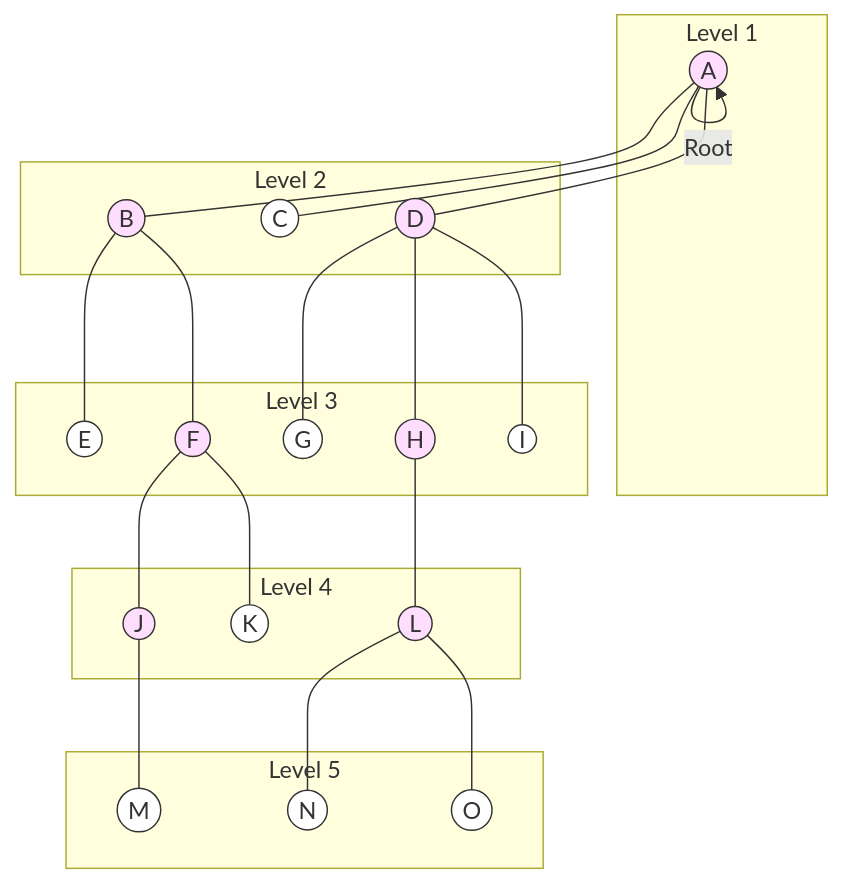
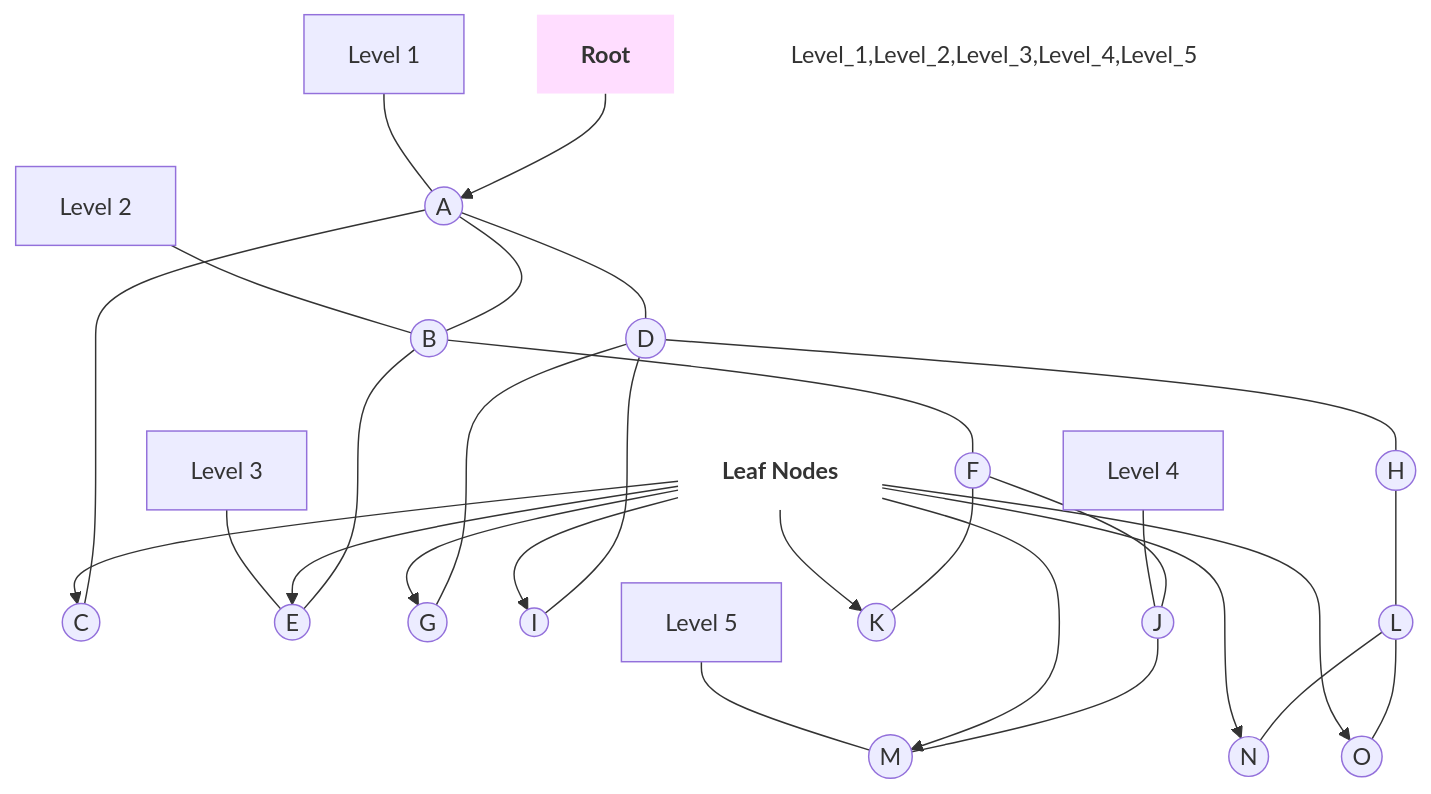
Before and after one commit to ARYAN-KUMAR-22/dsa: the diagram in tree/tree_terminology.md, drawn with Mermaid. The commit also changed other lines of this file, not shown here.

Commit message:
Simplify tree diagram: used arrow labels and basic graph syntax for compatibility

````diff
--- a/tree/tree_terminology.md
+++ b/tree/tree_terminology.md
@@ -9,75 +9,49 @@
 ```mermaid
 graph TD
-    %% Level 1
-    A((A)) --- B((B))
+    %% Label Arrows
+    L_Root[<b>Root</b>] --> A((A))
+    
+    %% Tree Structure
+    A --- B((B))
     A --- C((C))
     A --- D((D))
     
-    %% Level 2 to 3
     B --- E((E))
     B --- F((F))
     
     D --- G((G))
     D --- H((H))
     D --- I((I))
     
-    %% Level 3 to 4
     F --- J((J))
     F --- K((K))
     
     H --- L((L))
     
-    %% Level 4 to 5
     J --- M((M))
     
     L --- N((N))
     L --- O((O))
 
-    %% Level Indicators (Subgraphs for alignment)
-    subgraph Level1 [Level 1]
-        A
-    end
-    subgraph Level2 [Level 2]
-        B
-        C
-        D
-    end
-    subgraph Level3 [Level 3]
-        E
-        F
-        G
-        H
-        I
-    end
-    subgraph Level4 [Level 4]
-        J
-        K
-        L
-    end
-    subgraph Level5 [Level 5]
-        M
-        N
-        O
-    end
+    %% Label for Leaf Nodes
+    L_Leaf[<b>Leaf Nodes</b>] --> C
+    L_Leaf --> E
+    L_Leaf --> G
+    L_Leaf --> I
+    L_Leaf --> K
+    L_Leaf --> M
+    L_Leaf --> N
+    L_Leaf --> O
+    
+    %% Levels (Side Labels)
+    Level_1[Level 1] --- A
+    Level_2[Level 2] --- B
+    Level_3[Level 3] --- E
+    Level_4[Level 4] --- J
+    Level_5[Level 5] --- M
 
-    %% Legend & Styling
-    style A fill:#fdf,stroke:#333
-    style B fill:#fdf,stroke:#333
-    style D fill:#fdf,stroke:#333
-    style F fill:#fdf,stroke:#333
-    style H fill:#fdf,stroke:#333
-    style J fill:#fdf,stroke:#333
-    style L fill:#fdf,stroke:#333
-    
-    style C fill:#fff,stroke:#333
-    style E fill:#fff,stroke:#333
-    style G fill:#fff,stroke:#333
-    style I fill:#fff,stroke:#333
-    style K fill:#fff,stroke:#333
-    style M fill:#fff,stroke:#333
-    style N fill:#fff,stroke:#333
-    style O fill:#fff,stroke:#333
-
-    %% Annotations
-    A -- "Root" --> A
+    %% Style (Minimal for compatibility)
+    style L_Root fill:#fdf,stroke:none
+    style L_Leaf fill:#fff,stroke:none
+    style Level_1,Level_2,Level_3,Level_4,Level_5 fill:none,stroke:none
 ```
````
